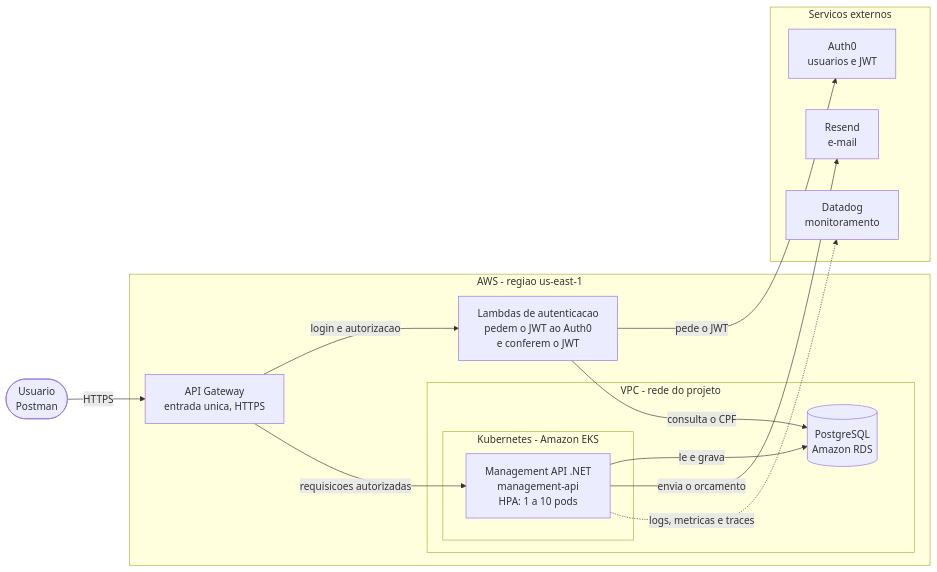
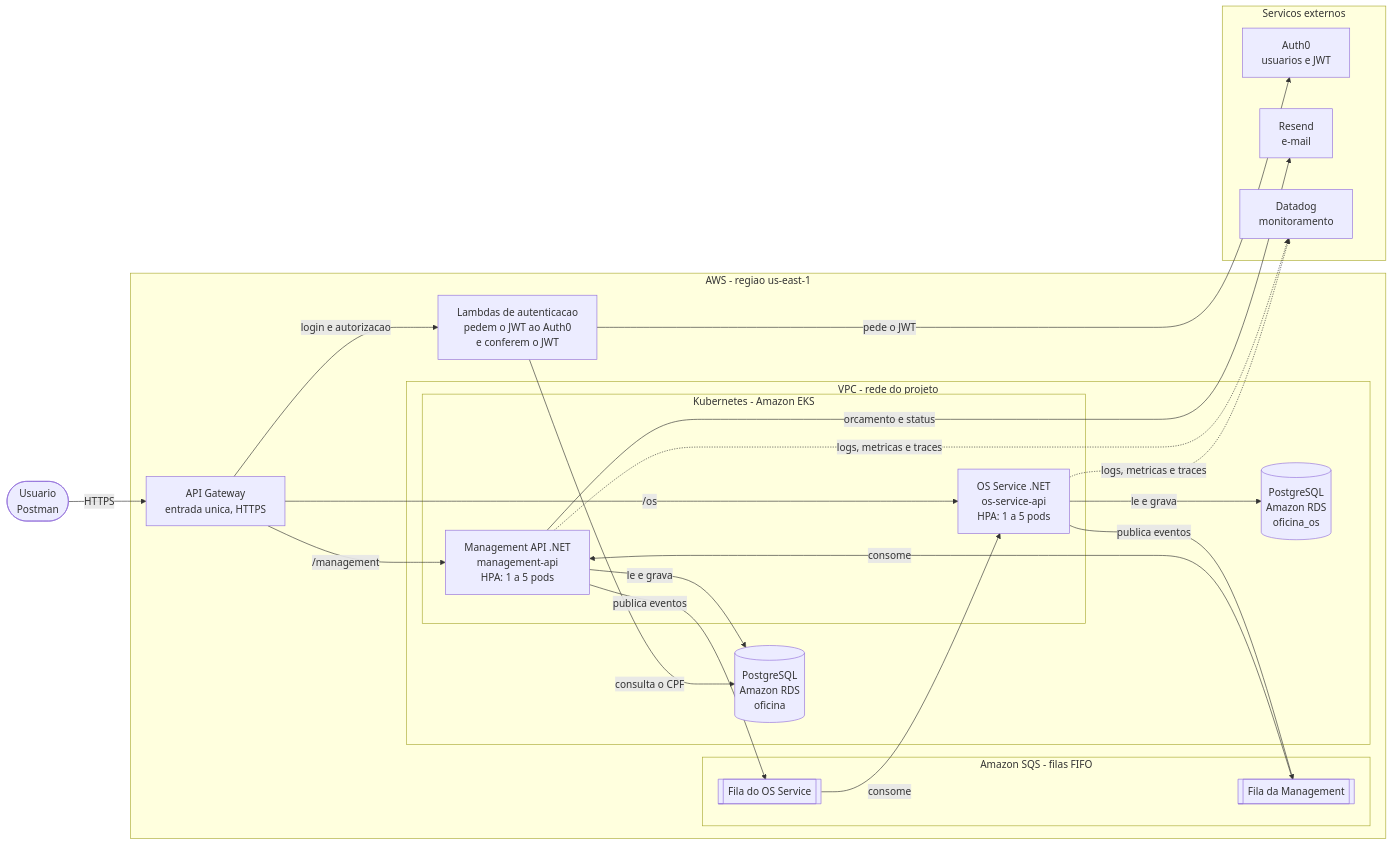
Before and after one commit to GuiToniello/tech-challenge-fase-4-MANAGEMENT-soat16-rm374658: the first of 4 diagrams in docs/arquitetura.md, drawn with Mermaid. The commit also changed other lines of this file and 208 other files, not shown here.

````diff
--- a/docs/arquitetura.md
+++ b/docs/arquitetura.md
@@ -38,31 +49,45 @@
 ```mermaid
 flowchart LR
   Usuario([Usuario<br/>Postman])
 
   subgraph AWS[AWS - regiao us-east-1]
     GW[API Gateway<br/>entrada unica, HTTPS]
     Lambdas[Lambdas de autenticacao<br/>pedem o JWT ao Auth0<br/>e conferem o JWT]
 
+    subgraph SQS[Amazon SQS - filas FIFO]
+      FilaM[[Fila da Management]]
+      FilaOS[[Fila do OS Service]]
+    end
+
     subgraph VPC[VPC - rede do projeto]
       subgraph EKS[Kubernetes - Amazon EKS]
-        API[Management API .NET<br/>management-api<br/>HPA: 1 a 10 pods]
+        API[Management API .NET<br/>management-api<br/>HPA: 1 a 5 pods]
+        OS[OS Service .NET<br/>os-service-api<br/>HPA: 1 a 5 pods]
       end
-      DB[(PostgreSQL<br/>Amazon RDS)]
+      DB[(PostgreSQL<br/>Amazon RDS<br/>oficina)]
+      DBOS[(PostgreSQL<br/>Amazon RDS<br/>oficina_os)]
     end
   end
 
   subgraph Externos[Servicos externos]
     Auth0[Auth0<br/>usuarios e JWT]
     Resend[Resend<br/>e-mail]
     Datadog[Datadog<br/>monitoramento]
   end
 
   Usuario -->|HTTPS| GW
   GW -->|login e autorizacao| Lambdas
-  GW -->|requisicoes autorizadas| API
+  GW -->|/management| API
+  GW -->|/os| OS
   Lambdas -->|consulta o CPF| DB
   Lambdas -->|pede o JWT| Auth0
   API -->|le e grava| DB
-  API -->|envia o orcamento| Resend
+  OS -->|le e grava| DBOS
+  OS -->|publica eventos| FilaM
+  FilaM -->|consome| API
+  API -->|publica eventos| FilaOS
+  FilaOS -->|consome| OS
+  API -->|orcamento e status| Resend
   API -.->|logs, metricas e traces| Datadog
+  OS -.->|logs, metricas e traces| Datadog
 ```
````
